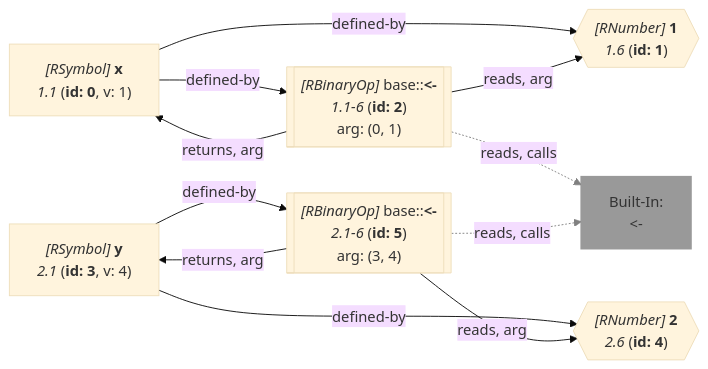
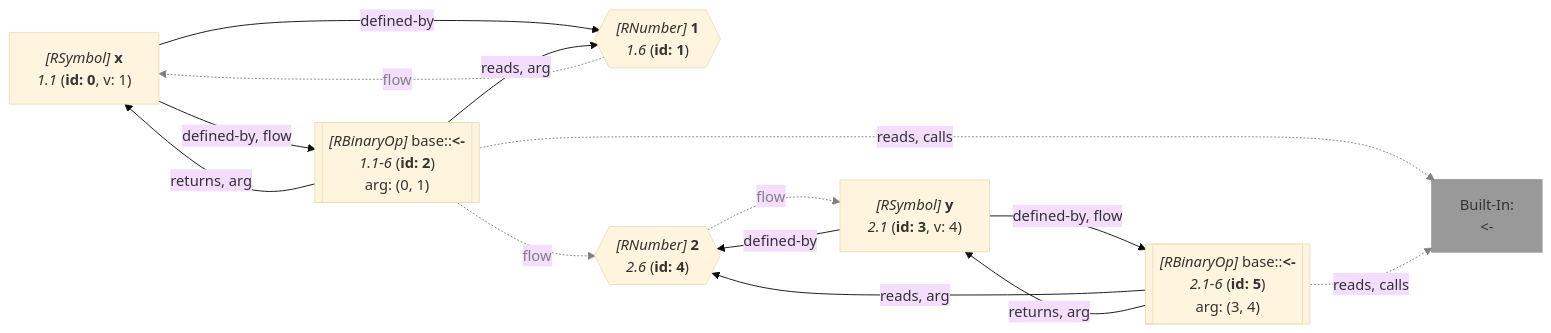
One commit to flowr-analysis/flowr changed the diagram in wiki/[Query] Happens-Before.md. Above: the diagram before and after it, drawn with Mermaid (base theme). The commit also changed other lines of this file and 141 other files, not shown here.

````diff
--- a/wiki/[Query] Happens-Before.md
+++ b/wiki/[Query] Happens-Before.md
@@ -94,34 +94,38 @@
 ```mermaid
 flowchart LR
     1{{"`*#91;RNumber#93;* **1**
       *1.6* (**id: 1**)`"}}
-   %% No edges found for 1
     0["`*#91;RSymbol#93;* **x**
       *1.1* (**id: 0**, v: 1)`"]
     2[["`*#91;RBinaryOp#93;* base#58;#58;**#60;#45;**
       *1.1-6* (**id: 2**)
     arg: (0, 1)`"]]
     built-in:_-["`Built-In:
 #60;#45;`"]
     style built-in:_- stroke:gray,fill:gray,stroke-width:2px,opacity:.8;
     4{{"`*#91;RNumber#93;* **2**
       *2.6* (**id: 4**)`"}}
-   %% No edges found for 4
     3["`*#91;RSymbol#93;* **y**
       *2.1* (**id: 3**, v: 4)`"]
     5[["`*#91;RBinaryOp#93;* base#58;#58;**#60;#45;**
       *2.1-6* (**id: 5**)
     arg: (3, 4)`"]]
+    1 -.->|"flow"| 0
+    linkStyle 0 stroke:gray,color:gray;
+    0 -->|"defined-by, flow"| 2
     0 -->|"defined-by"| 1
-    0 -->|"defined-by"| 2
     2 -->|"reads, arg"| 1
     2 -->|"returns, arg"| 0
     2 -.->|"reads, calls"| built-in:_-
-    linkStyle 4 stroke:gray;
+    linkStyle 5 stroke:gray;
+    2 -.->|"flow"| 4
+    linkStyle 6 stroke:gray,color:gray;
+    4 -.->|"flow"| 3
+    linkStyle 7 stroke:gray,color:gray;
+    3 -->|"defined-by, flow"| 5
     3 -->|"defined-by"| 4
-    3 -->|"defined-by"| 5
     5 -->|"reads, arg"| 4
     5 -->|"returns, arg"| 3
     5 -.->|"reads, calls"| built-in:_-
-    linkStyle 9 stroke:gray;
+    linkStyle 12 stroke:gray;
 ```
````
